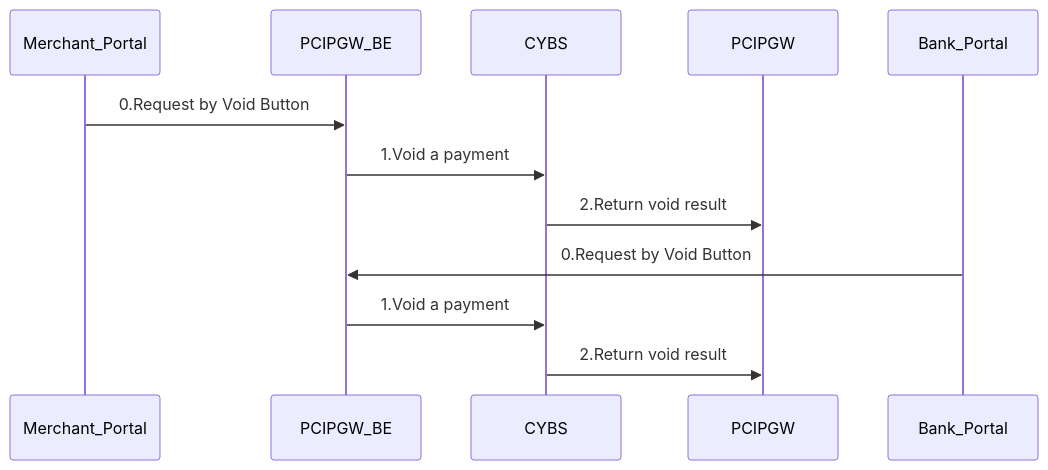
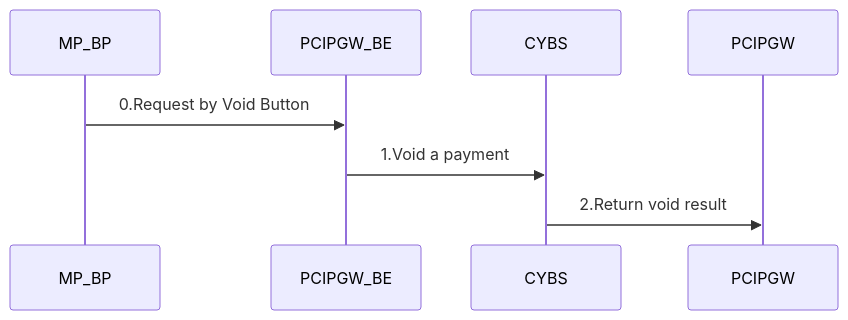
One commit to yuusuke25/MyNotes changed the second of 3 diagrams in Cybs-Ph2-Flow2.md. Above: the diagram before and after it, drawn with Mermaid. The commit also changed other lines of this file, not shown here.

````diff
--- a/Cybs-Ph2-Flow2.md
+++ b/Cybs-Ph2-Flow2.md
@@ -27,10 +27,6 @@
 ```mermaid
     sequenceDiagram
-        Merchant_Portal->>PCIPGW_BE:0.Request by Void Button
-        PCIPGW_BE->>CYBS:1.Void a payment
-        CYBS->>PCIPGW:2.Return void result
-        
-        Bank_Portal->>PCIPGW_BE:0.Request by Void Button
+        MP_BP->>PCIPGW_BE:0.Request by Void Button
         PCIPGW_BE->>CYBS:1.Void a payment
         CYBS->>PCIPGW:2.Return void result
 ```
````
